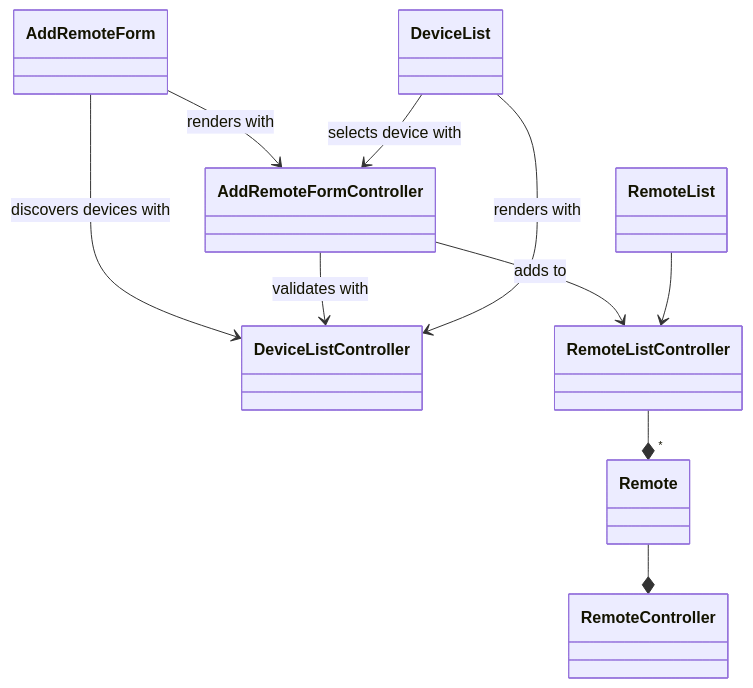
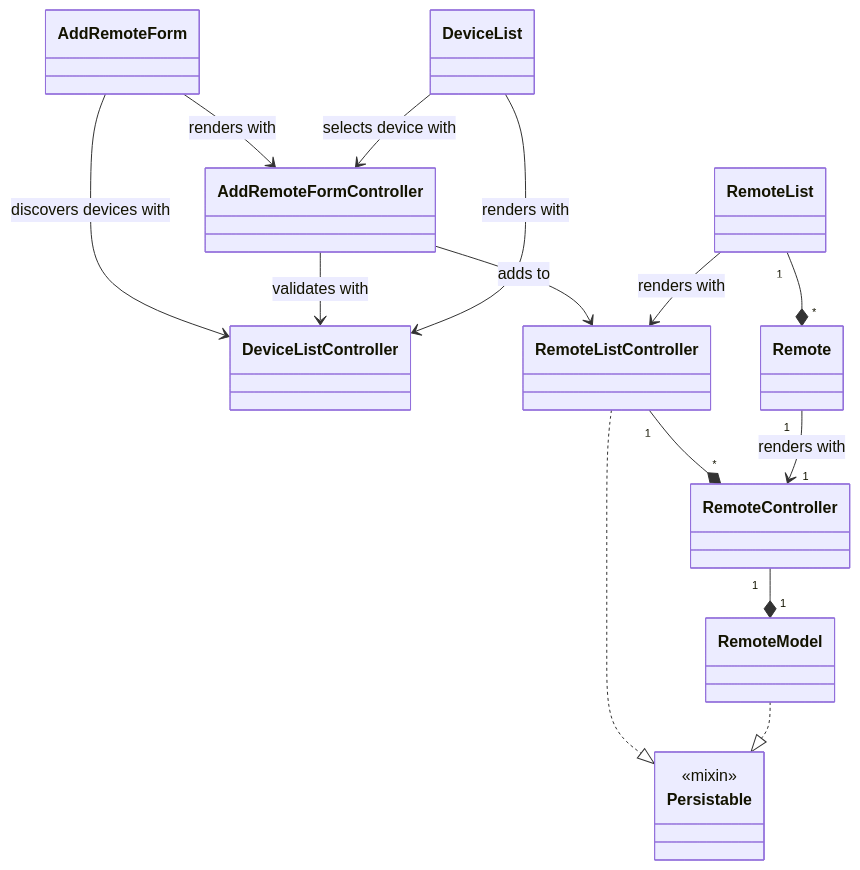
One commit to dennuguyen/TVMate changed the diagram in README.md. Above: the diagram before and after it, drawn with Mermaid. The commit also changed 5 other files, not shown here.

````diff
--- a/README.md
+++ b/README.md
@@ -19,13 +19,18 @@
 ```mermaid
 classDiagram
     AddRemoteForm --> AddRemoteFormController : renders with
     AddRemoteForm --> DeviceListController : discovers devices with
     AddRemoteFormController --> RemoteListController : adds to
     AddRemoteFormController --> DeviceListController : validates with
     DeviceList --> DeviceListController : renders with
     DeviceList --> AddRemoteFormController : selects device with
-    RemoteList --> RemoteListController
-    RemoteListController --* "*" Remote
-    Remote --* RemoteController
+    RemoteList --> RemoteListController : renders with
+    RemoteListController "1" --* "*" RemoteController
+    RemoteList "1" --* "*" Remote
+    Remote "1" --> "1" RemoteController : renders with
+    RemoteController "1" --* "1" RemoteModel
+    RemoteListController ..|> Persistable
+    RemoteModel ..|> Persistable
 
+    <<mixin>> Persistable
 ```
````
